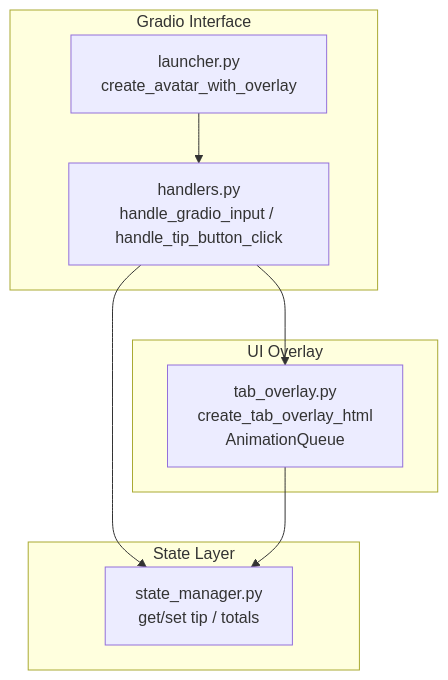
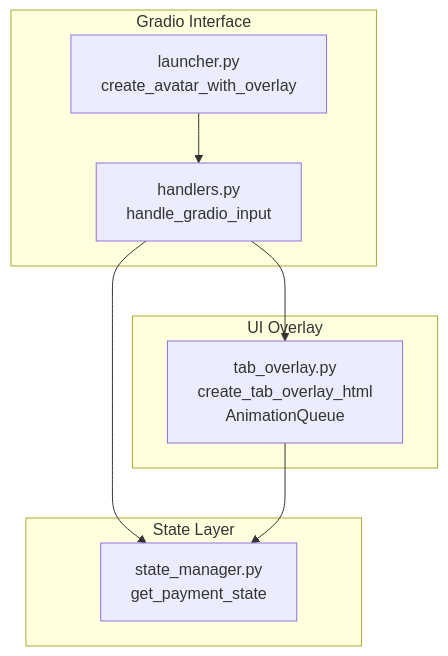
One commit to MOK-5-ha/MayaMCP changed the third of 6 diagrams in .qoder/repowiki/en/content/User Interface Components/Tab Overlay System.md. Above: the diagram before and after it, drawn with Mermaid. The commit also changed other lines of this file and 27 other files, not shown here.

````diff
--- a/.qoder/repowiki/en/content/User Interface Components/Tab Overlay System.md
+++ b/.qoder/repowiki/en/content/User Interface Components/Tab Overlay System.md
@@ -293,17 +267,17 @@
 ```mermaid
 graph TB
 subgraph "Gradio Interface"
 Launch["launcher.py<br/>create_avatar_with_overlay"]
-Hdl["handlers.py<br/>handle_gradio_input / handle_tip_button_click"]
+Hdl["handlers.py<br/>handle_gradio_input"]
 end
 subgraph "State Layer"
-SM["state_manager.py<br/>get/set tip / totals"]
+SM["state_manager.py<br/>get_payment_state"]
 end
 subgraph "UI Overlay"
 TO["tab_overlay.py<br/>create_tab_overlay_html<br/>AnimationQueue"]
 end
 Launch --> Hdl
 Hdl --> SM
 Hdl --> TO
 TO --> SM
 ```
````
